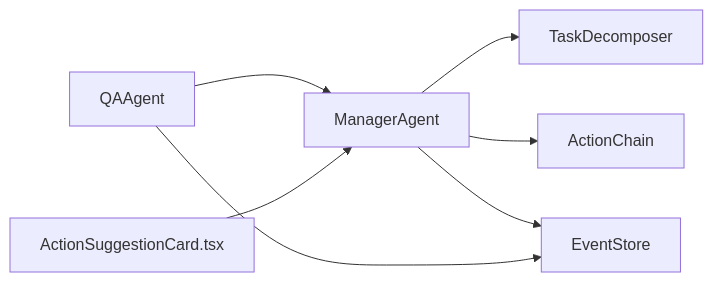
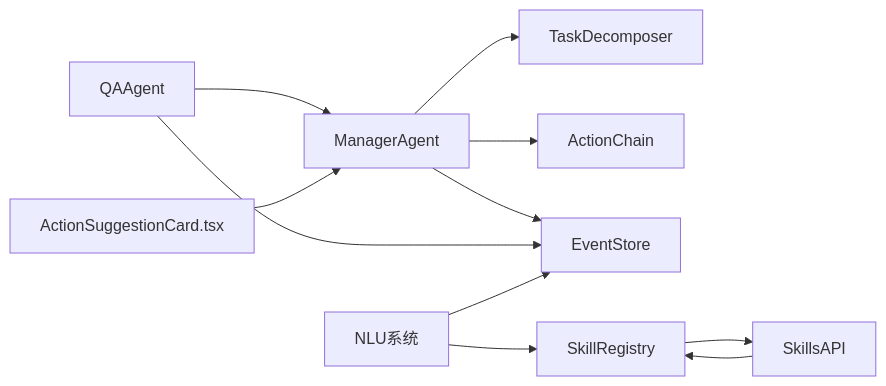
One commit to angledick/- changed diagram 11 of 11 in .qoder/repowiki/zh/content/核心业务模块/智能代理系统/智能代理系统.md. Above: the diagram before and after it, drawn with Mermaid. The commit also changed other lines of this file and 770 other files, not shown here.

````diff
--- a/.qoder/repowiki/zh/content/核心业务模块/智能代理系统/智能代理系统.md
+++ b/.qoder/repowiki/zh/content/核心业务模块/智能代理系统/智能代理系统.md
@@ -284,9 +410,13 @@
 ```mermaid
 graph LR
 MA["ManagerAgent"] --> TD["TaskDecomposer"]
 MA --> AC["ActionChain"]
 MA --> ES["EventStore"]
 QA["QAAgent"] --> MA
 QA --> ES
 UI["ActionSuggestionCard.tsx"] --> MA
+NLU["NLU系统"] --> SR["SkillRegistry"]
+NLU --> ES
+SR --> SK["SkillsAPI"]
+SK --> SR
 ```
````
